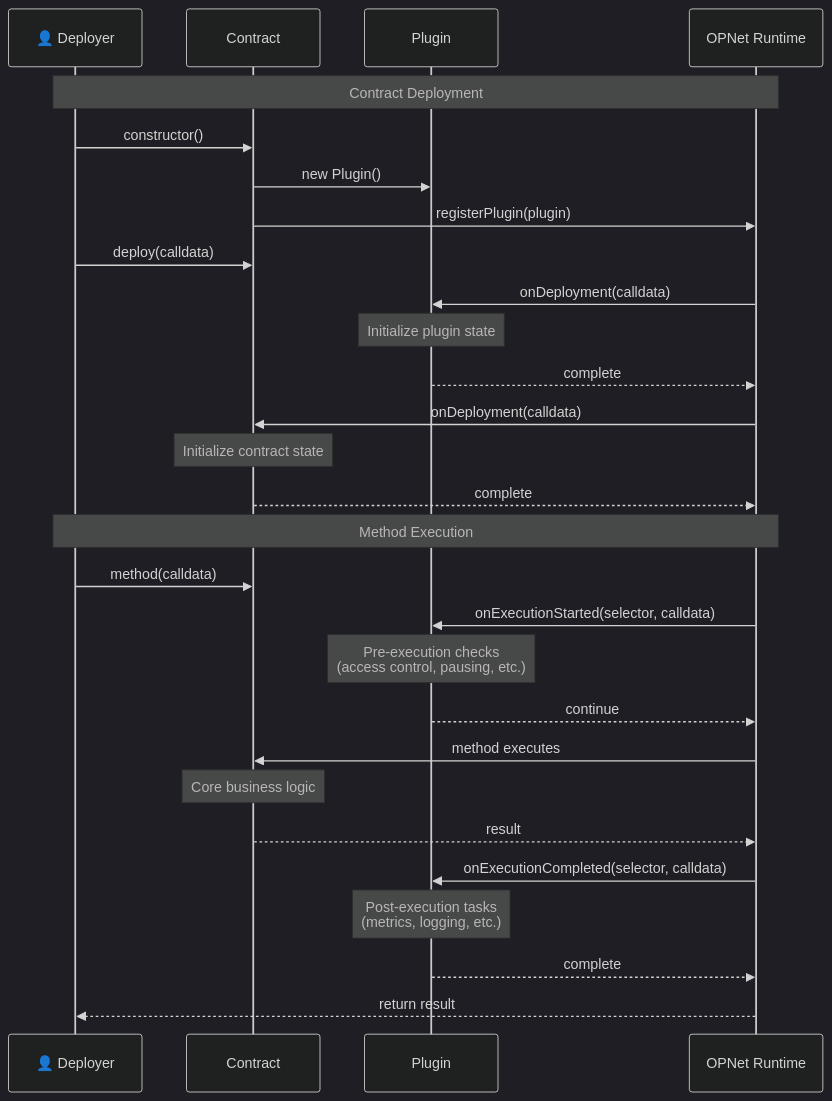
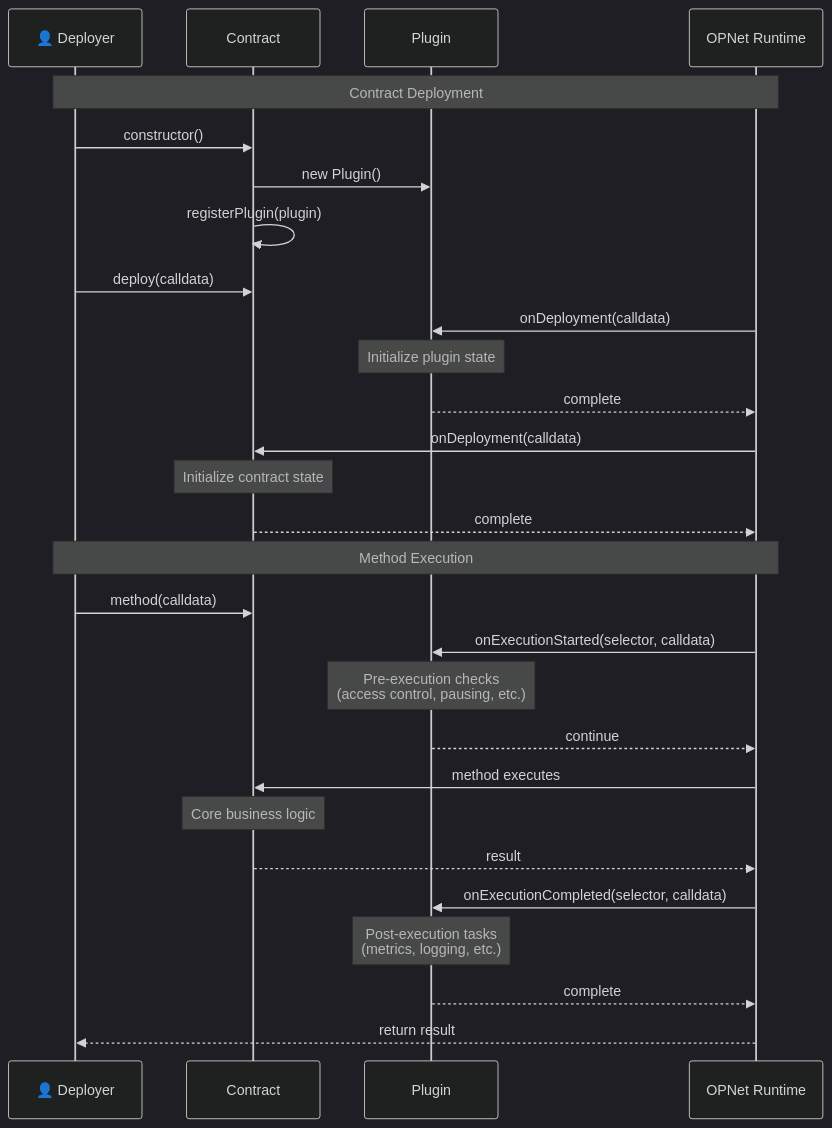
One commit to btc-vision/btc-runtime changed the first of 4 diagrams in docs/advanced/plugins.md. Above: the diagram before and after it, drawn with Mermaid. The commit also changed other lines of this file and 20 other files, not shown here.

````diff
--- a/docs/advanced/plugins.md
+++ b/docs/advanced/plugins.md
@@ -33,42 +33,42 @@
 ```mermaid
 ---
 config:
   theme: dark
 ---
 sequenceDiagram
     participant Deployer as 👤 Deployer
     participant Contract as Contract
     participant Plugin as Plugin
     participant Blockchain as OPNet Runtime
 
     Note over Deployer,Blockchain: Contract Deployment
     Deployer->>Contract: constructor()
     Contract->>Plugin: new Plugin()
-    Contract->>Blockchain: registerPlugin(plugin)
+    Contract->>Contract: registerPlugin(plugin)
 
     Deployer->>Contract: deploy(calldata)
     Blockchain->>Plugin: onDeployment(calldata)
     Note over Plugin: Initialize plugin state
     Plugin-->>Blockchain: complete
 
     Blockchain->>Contract: onDeployment(calldata)
     Note over Contract: Initialize contract state
     Contract-->>Blockchain: complete
 
     Note over Deployer,Blockchain: Method Execution
     Deployer->>Contract: method(calldata)
 
     Blockchain->>Plugin: onExecutionStarted(selector, calldata)
     Note over Plugin: Pre-execution checks<br/>(access control, pausing, etc.)
     Plugin-->>Blockchain: continue
 
     Blockchain->>Contract: method executes
     Note over Contract: Core business logic
     Contract-->>Blockchain: result
 
     Blockchain->>Plugin: onExecutionCompleted(selector, calldata)
     Note over Plugin: Post-execution tasks<br/>(metrics, logging, etc.)
     Plugin-->>Blockchain: complete
 
     Blockchain-->>Deployer: return result
 ```
````
